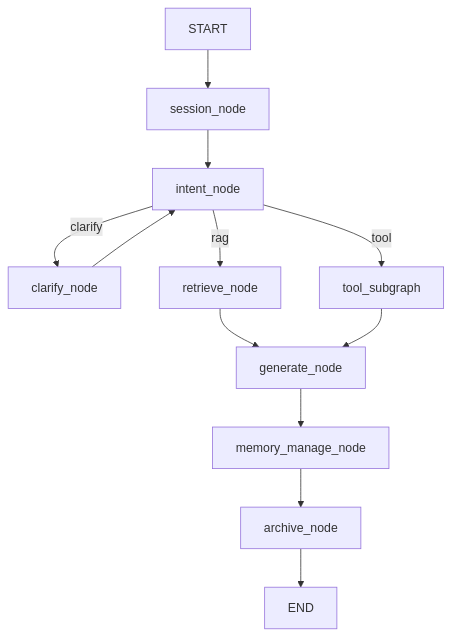
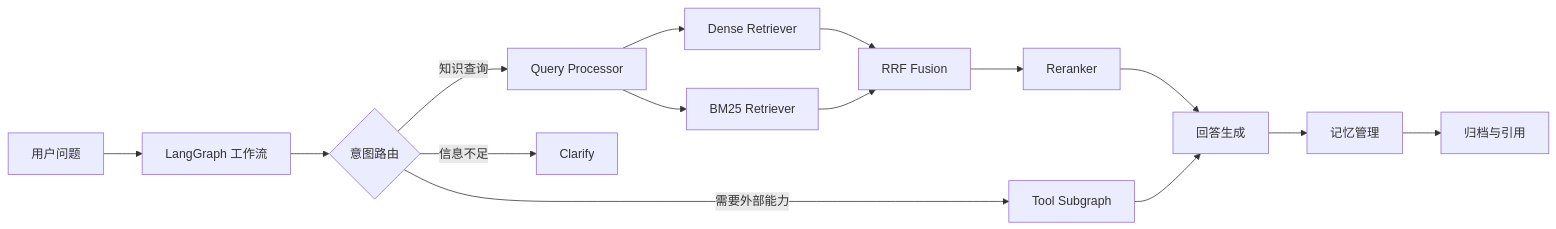
Before and after one commit to uhhgxg/cognivault-rag: the diagram in readme.md, drawn with Mermaid. The commit also changed other lines of this file, not shown here.

````diff
--- a/readme.md
+++ b/readme.md
@@ -104,14 +45,17 @@
 ```mermaid
-graph TD
-    A[START] --> B[session_node]
-    B --> C[intent_node]
-    C -->|clarify| D[clarify_node]
-    C -->|rag| E[retrieve_node]
-    C -->|tool| F[tool_subgraph]
-    D --> C
-    E --> G[generate_node]
-    F --> G
-    G --> H[memory_manage_node]
-    H --> I[archive_node]
-    I --> J[END]
+flowchart LR
+    U[用户问题] --> W[LangGraph 工作流]
+    W --> I{意图路由}
+    I -->|知识查询| Q[Query Processor]
+    I -->|需要外部能力| T[Tool Subgraph]
+    I -->|信息不足| C[Clarify]
+    Q --> D[Dense Retriever]
+    Q --> S[BM25 Retriever]
+    D --> F[RRF Fusion]
+    S --> F
+    F --> R[Reranker]
+    R --> G[回答生成]
+    T --> G
+    G --> M[记忆管理]
+    M --> A[归档与引用]
 ```
````
